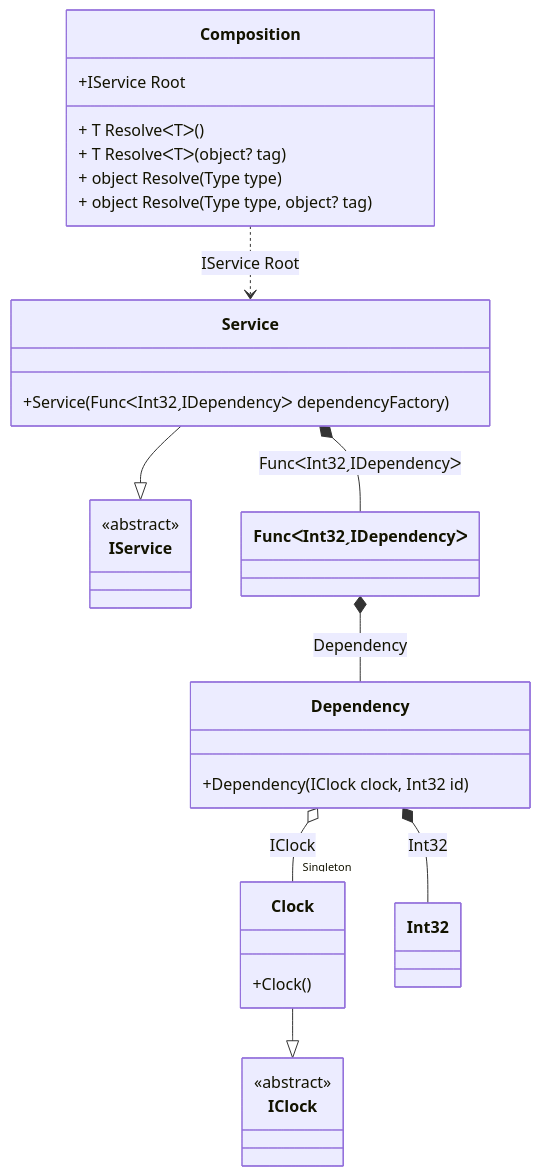
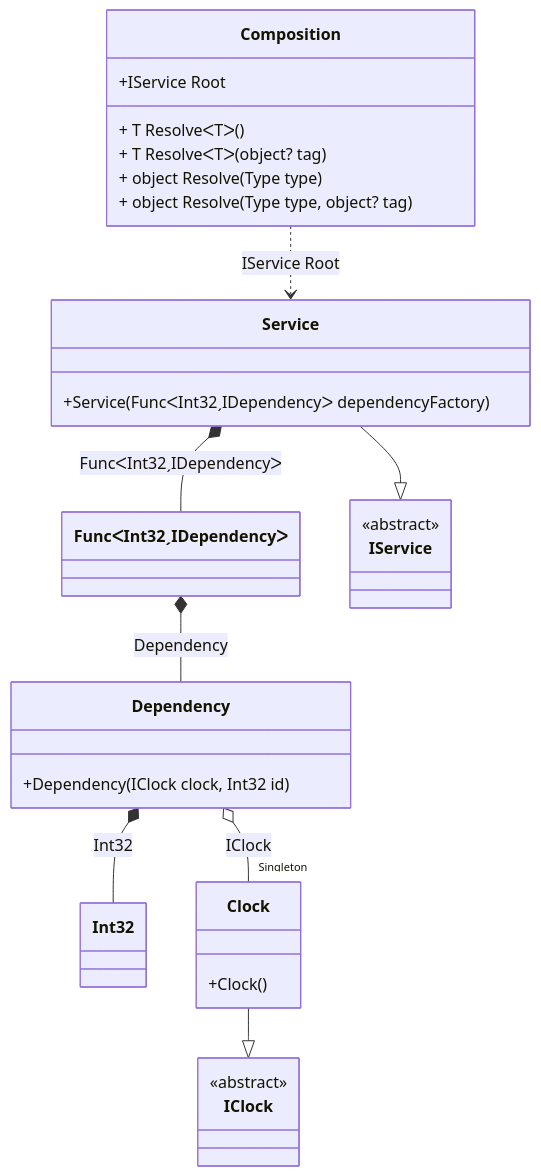
Before and after one commit to DevTeam/Pure.DI: the diagram in readme/func-with-arguments.md, drawn with Mermaid. The commit also changed other lines of this file and 58 other files, not shown here.

Commit message:
Fixes an issue where overloaded bindings can be applied in the wrong sequence

````diff
--- a/readme/func-with-arguments.md
+++ b/readme/func-with-arguments.md
@@ -70,34 +70,34 @@
 ```mermaid
 classDiagram
   class Composition {
     +IService Root
     + T ResolveᐸTᐳ()
     + T ResolveᐸTᐳ(object? tag)
     + object Resolve(Type type)
     + object Resolve(Type type, object? tag)
   }
   class Dependency {
     +Dependency(IClock clock, Int32 id)
   }
+  class Int32
+  class FuncᐸInt32ˏIDependencyᐳ
+  Clock --|> IClock : 
+  class Clock {
+    +Clock()
+  }
   Service --|> IService : 
   class Service {
     +Service(FuncᐸInt32ˏIDependencyᐳ dependencyFactory)
   }
-  Clock --|> IClock : 
-  class Clock {
-    +Clock()
-  }
-  class Int32
-  class FuncᐸInt32ˏIDependencyᐳ
-  class IService {
+  class IClock {
     <<abstract>>
   }
-  class IClock {
+  class IService {
     <<abstract>>
   }
   Dependency o--  "Singleton" Clock : IClock
   Dependency *--  Int32 : Int32
+  FuncᐸInt32ˏIDependencyᐳ *--  Dependency : Dependency
   Service *--  FuncᐸInt32ˏIDependencyᐳ : FuncᐸInt32ˏIDependencyᐳ
-  FuncᐸInt32ˏIDependencyᐳ *--  Dependency : Dependency
   Composition ..> Service : IService Root
 ```
````
